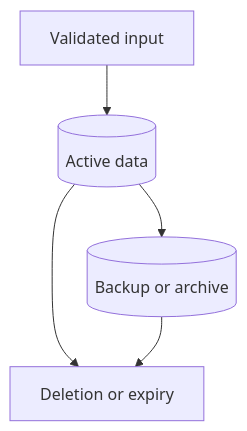
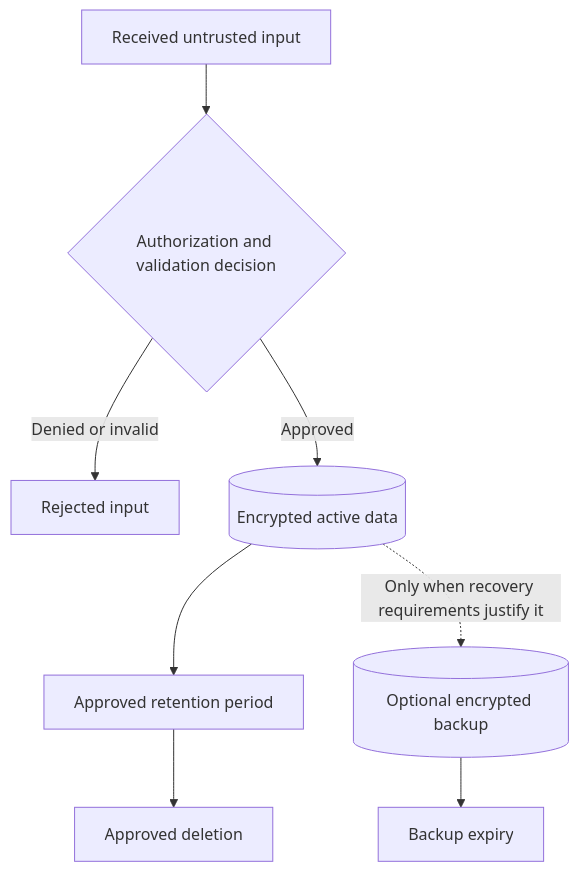
The third of 5 diagrams in docs/project/PRD.md (Levi-Breedlove/aws-bootstrap), drawn with Mermaid before and after one commit. The commit also changed other lines of this file and 25 other files, not shown here.

````diff
--- a/docs/project/PRD.md
+++ b/docs/project/PRD.md
@@ -543,12 +608,18 @@
 ```mermaid
 flowchart TD
-    Input[Validated input]
-    Active[(Active data)]
-    Archive[(Backup or archive)]
-    Deleted[Deletion or expiry]
+    Input[Received untrusted input]
+    Decision{Authorization and validation decision}
+    Rejected[Rejected input]
+    Active[(Encrypted active data)]
+    Retention[Approved retention period]
+    Backup[(Optional encrypted backup)]
+    Deleted[Approved deletion]
+    BackupExpiry[Backup expiry]
 
-    Input --> Active
-    Active --> Archive
-    Active --> Deleted
-    Archive --> Deleted
+    Input --> Decision
+    Decision -->|Denied or invalid| Rejected
+    Decision -->|Approved| Active
+    Active --> Retention --> Deleted
+    Active -. Only when recovery requirements justify it .-> Backup
+    Backup --> BackupExpiry
 ```
````
